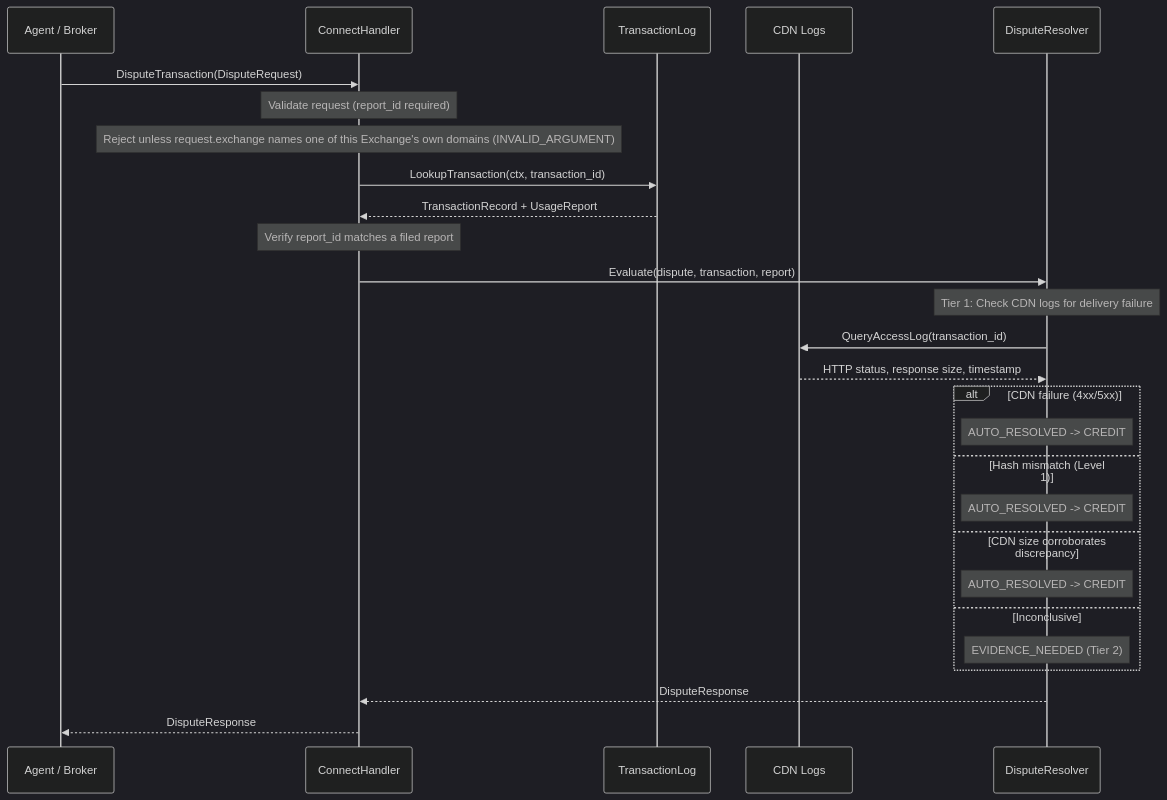
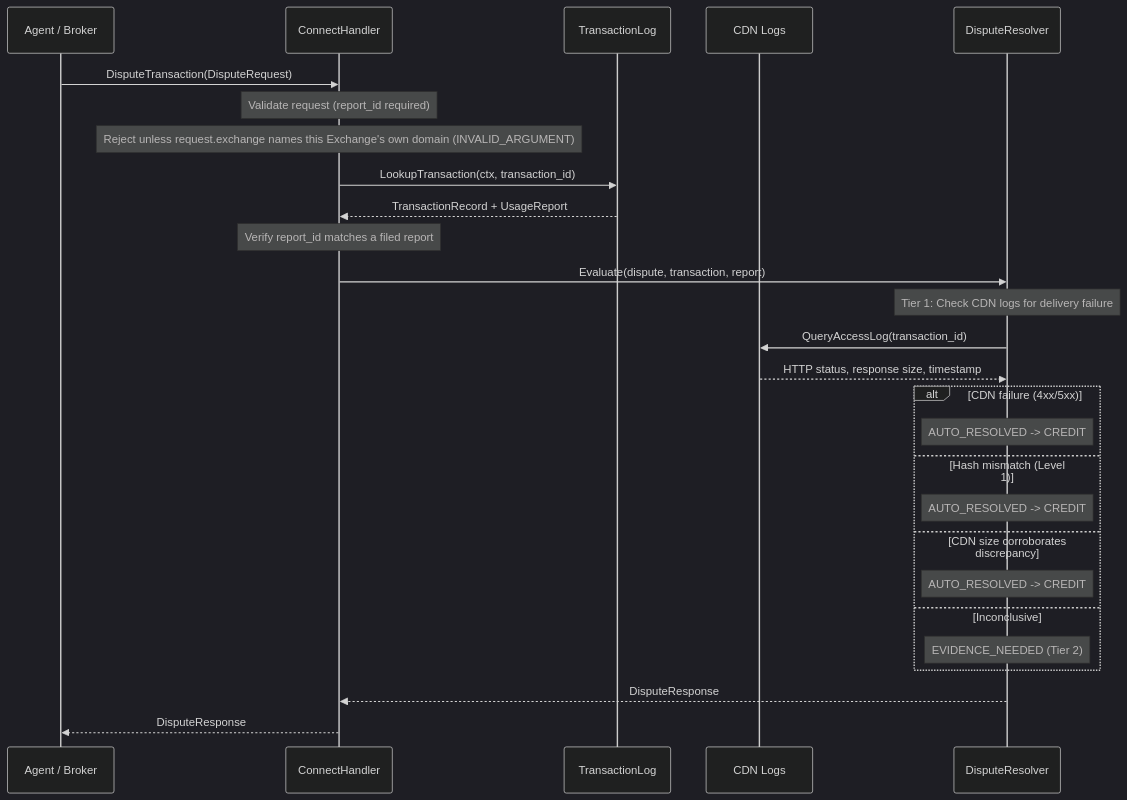
Before and after one commit to RAMP-Protocol/protocol: the fifth of 5 diagrams in website/src/content/docs/components/exchange/request-flows.mdx, drawn with Mermaid (dark theme). The commit also changed other lines of this file and 7 other files, not shown here.

````diff
--- a/website/src/content/docs/components/exchange/request-flows.mdx
+++ b/website/src/content/docs/components/exchange/request-flows.mdx
@@ -820,38 +820,38 @@
 ```mermaid
 sequenceDiagram
     participant Agent as Agent / Broker
     participant Handler as ConnectHandler
     participant TxLog as TransactionLog
     participant CDN as CDN Logs
     participant Resolver as DisputeResolver
 
     Agent->>Handler: DisputeTransaction(DisputeRequest)
 
     Note over Handler: Validate request (report_id required)
-    Note over Handler: Reject unless request.exchange names one of this Exchange's own domains (INVALID_ARGUMENT)
+    Note over Handler: Reject unless request.exchange names this Exchange's own domain (INVALID_ARGUMENT)
 
     Handler->>TxLog: LookupTransaction(ctx, transaction_id)
     TxLog-->>Handler: TransactionRecord + UsageReport
 
     Note over Handler: Verify report_id matches a filed report
 
     Handler->>Resolver: Evaluate(dispute, transaction, report)
 
     Note over Resolver: Tier 1: Check CDN logs for delivery failure
     Resolver->>CDN: QueryAccessLog(transaction_id)
     CDN-->>Resolver: HTTP status, response size, timestamp
 
     alt CDN failure (4xx/5xx)
         Note over Resolver: AUTO_RESOLVED -> CREDIT
     else Hash mismatch (Level 1)
         Note over Resolver: AUTO_RESOLVED -> CREDIT
     else CDN size corroborates discrepancy
         Note over Resolver: AUTO_RESOLVED -> CREDIT
     else Inconclusive
         Note over Resolver: EVIDENCE_NEEDED (Tier 2)
     end
 
     Resolver-->>Handler: DisputeResponse
 
     Handler-->>Agent: DisputeResponse
 ```
````
